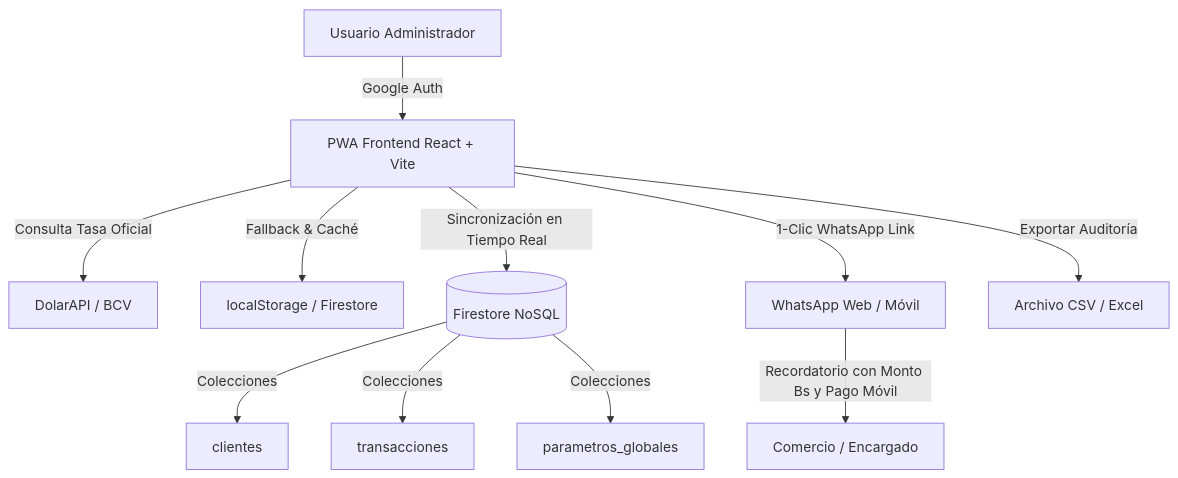
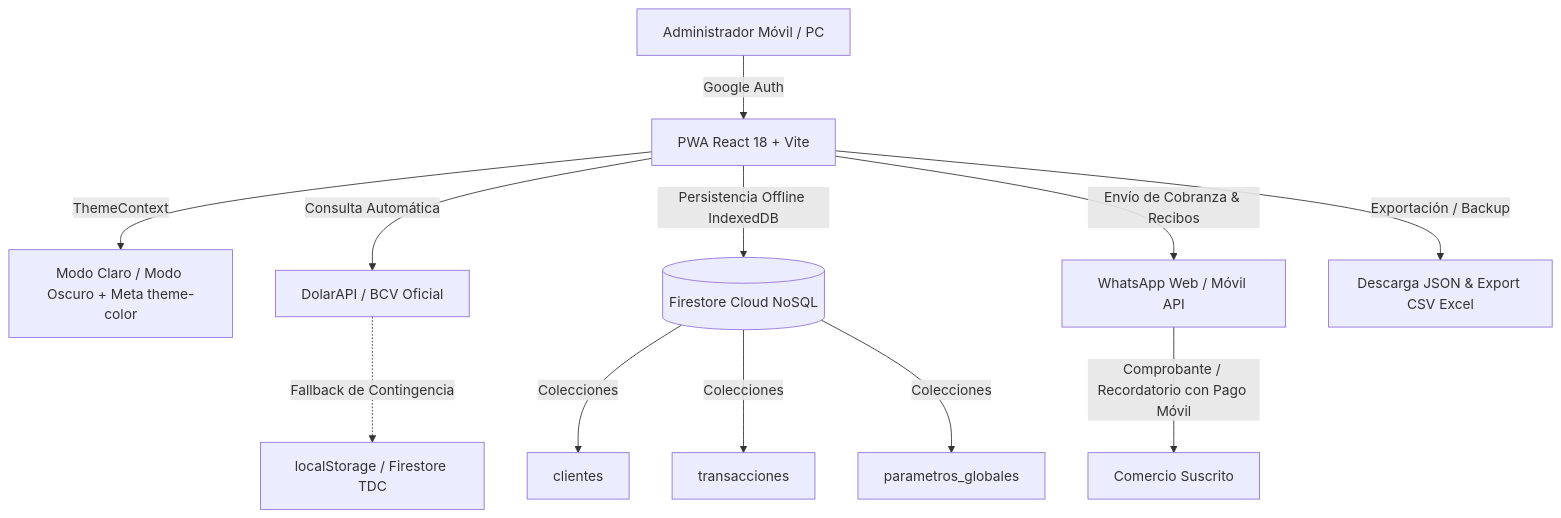
One commit to omanvasquez/crm-multisuscriptores changed the diagram in README.md. Above: the diagram before and after it, drawn with Mermaid. The commit also changed other lines of this file, not shown here.

Commit message:
docs: actualizar README con documentacion completa de modo claro/oscuro, cobranza multimes, recibos whatsapp y auditoria

````diff
--- a/README.md
+++ b/README.md
@@ -51,13 +60,14 @@
 ```mermaid
 graph TD
-    A[Usuario Administrador] -->|Google Auth| B[PWA Frontend React + Vite]
-    B -->|Consulta Tasa Oficial| C[DolarAPI / BCV]
-    B -->|Fallback & Caché| D[localStorage / Firestore]
-    B -->|Sincronización en Tiempo Real| E[(Firestore NoSQL)]
-    E -->|Colecciones| F[clientes]
-    E -->|Colecciones| G[transacciones]
-    E -->|Colecciones| H[parametros_globales]
-    B -->|1-Clic WhatsApp Link| I[WhatsApp Web / Móvil]
-    I -->|Recordatorio con Monto Bs y Pago Móvil| J[Comercio / Encargado]
-    B -->|Exportar Auditoría| K[Archivo CSV / Excel]
+    A[Administrador Móvil / PC] -->|Google Auth| B[PWA React 18 + Vite]
+    B -->|ThemeContext| C[Modo Claro / Modo Oscuro + Meta theme-color]
+    B -->|Consulta Automática| D[DolarAPI / BCV Oficial]
+    D -.->|Fallback de Contingencia| E[localStorage / Firestore TDC]
+    B -->|Persistencia Offline IndexedDB| F[(Firestore Cloud NoSQL)]
+    F -->|Colecciones| G[clientes]
+    F -->|Colecciones| H[transacciones]
+    F -->|Colecciones| I[parametros_globales]
+    B -->|Envío de Cobranza & Recibos| J[WhatsApp Web / Móvil API]
+    J -->|Comprobante / Recordatorio con Pago Móvil| K[Comercio Suscrito]
+    B -->|Exportación / Backup| L[Descarga JSON & Export CSV Excel]
 ```
````
